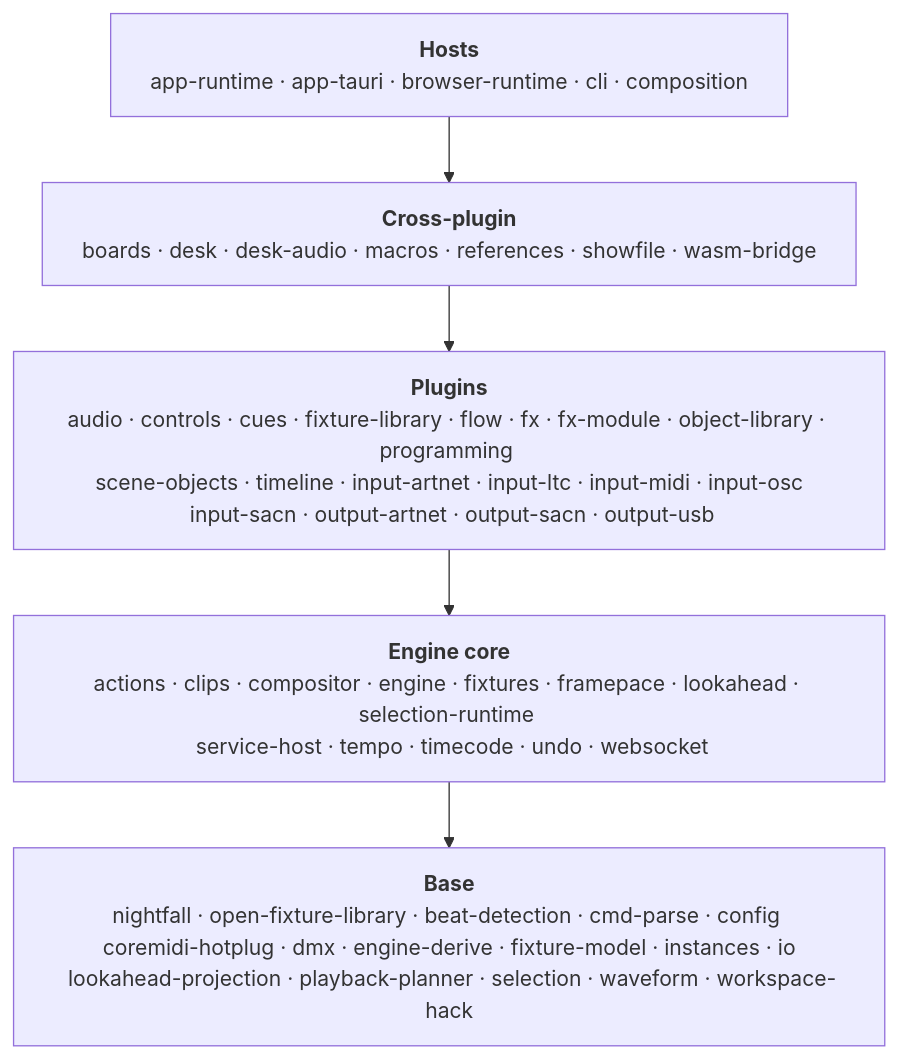
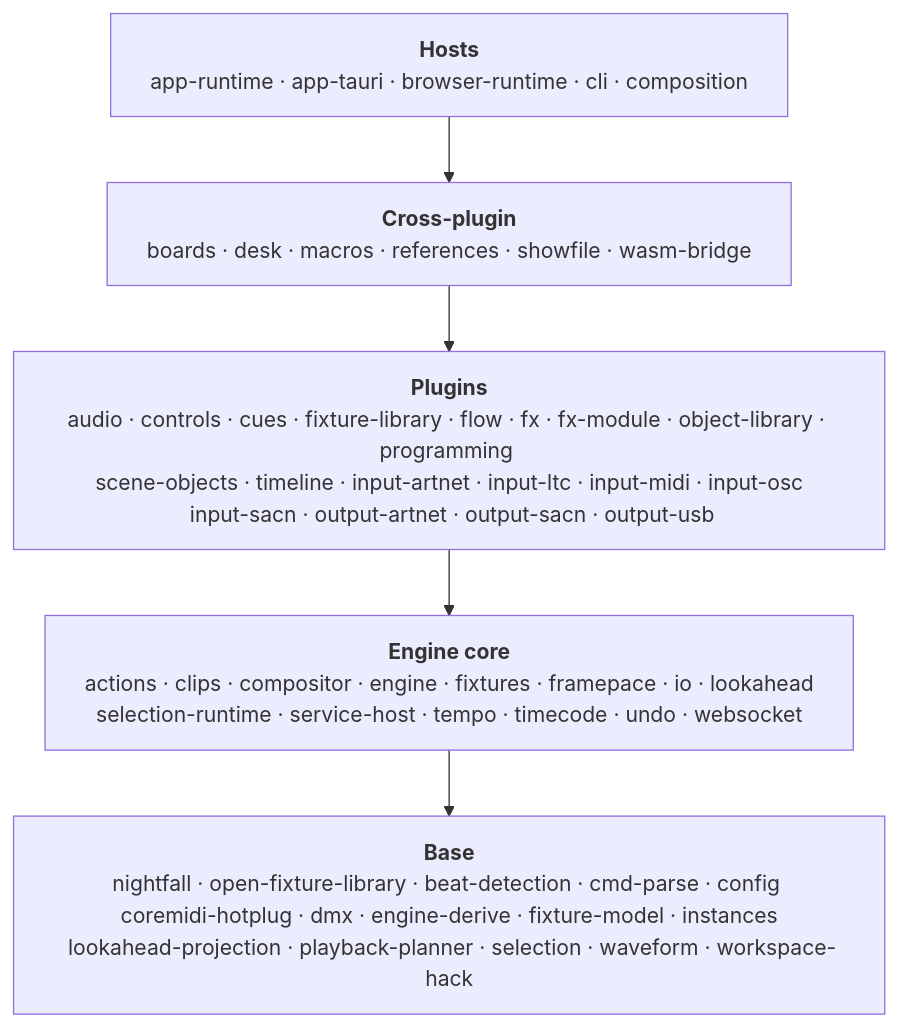
One commit to stewartadam/nightfall-lightdesk changed the diagram in docs/internal/src/architecture/crate-map.md. Above: the diagram before and after it, drawn with Mermaid. The commit also changed other lines of this file and 67 other files, not shown here.

First line of the commit message:
refactor(engine:desk): move host settings and device lists to their owners

````diff
--- a/docs/internal/src/architecture/crate-map.md
+++ b/docs/internal/src/architecture/crate-map.md
@@ -13,16 +13,16 @@
 ```mermaid
 ---
 config:
   flowchart:
     wrappingWidth: 600
 ---
 flowchart TB
   accTitle: Crate layers, their crates, and allowed dependencies
   accDescr: Five layers from hosts down to base, each listing its crates. Each layer may depend on any layer below it. Plugin crates may not depend on other plugin crates.
   hosts["<b>Hosts</b><br/>app-runtime · app-tauri · browser-runtime · cli · composition"]
-  crossPlugin["<b>Cross-plugin</b><br/>boards · desk · desk-audio · macros · references · showfile · wasm-bridge"]
+  crossPlugin["<b>Cross-plugin</b><br/>boards · desk · macros · references · showfile · wasm-bridge"]
   plugins["<b>Plugins</b><br/>audio · controls · cues · fixture-library · flow · fx · fx-module · object-library · programming <br/> scene-objects · timeline · input-artnet · input-ltc · input-midi · input-osc <br /> input-sacn · output-artnet · output-sacn · output-usb"]
-  engineCore["<b>Engine core</b><br/>actions · clips · compositor · engine · fixtures · framepace · lookahead · selection-runtime <br /> service-host · tempo · timecode · undo · websocket"]
-  base["<b>Base</b><br/>nightfall · open-fixture-library · beat-detection · cmd-parse · config <br /> coremidi-hotplug · dmx · engine-derive · fixture-model · instances · io <br /> lookahead-projection · playback-planner · selection · waveform · workspace-hack"]
+  engineCore["<b>Engine core</b><br/>actions · clips · compositor · engine · fixtures · framepace · io · lookahead <br /> selection-runtime · service-host · tempo · timecode · undo · websocket"]
+  base["<b>Base</b><br/>nightfall · open-fixture-library · beat-detection · cmd-parse · config <br /> coremidi-hotplug · dmx · engine-derive · fixture-model · instances <br /> lookahead-projection · playback-planner · selection · waveform · workspace-hack"]
   hosts --> crossPlugin --> plugins --> engineCore --> base
 ```
````
